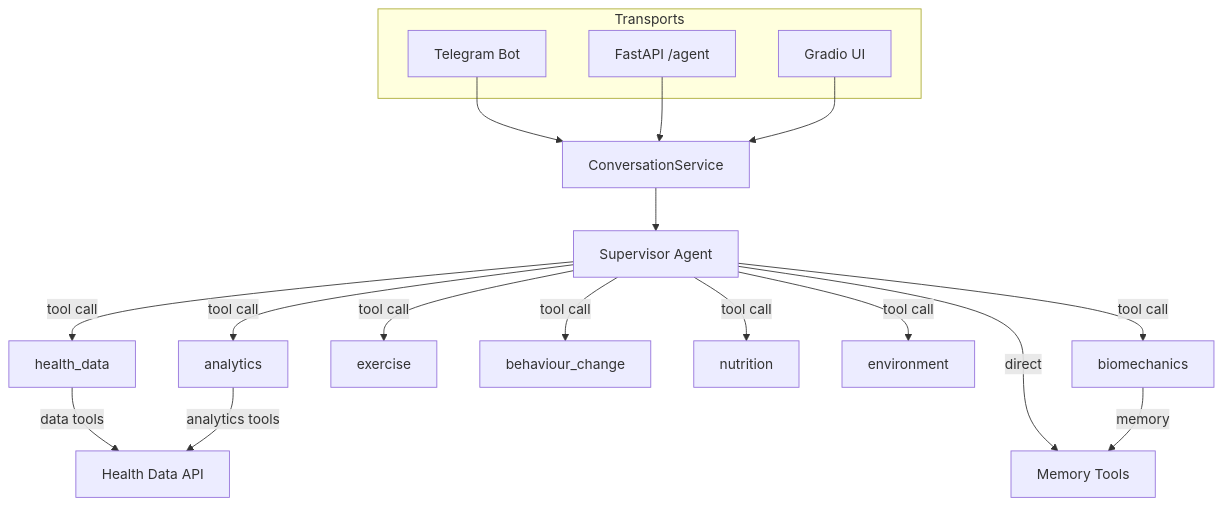
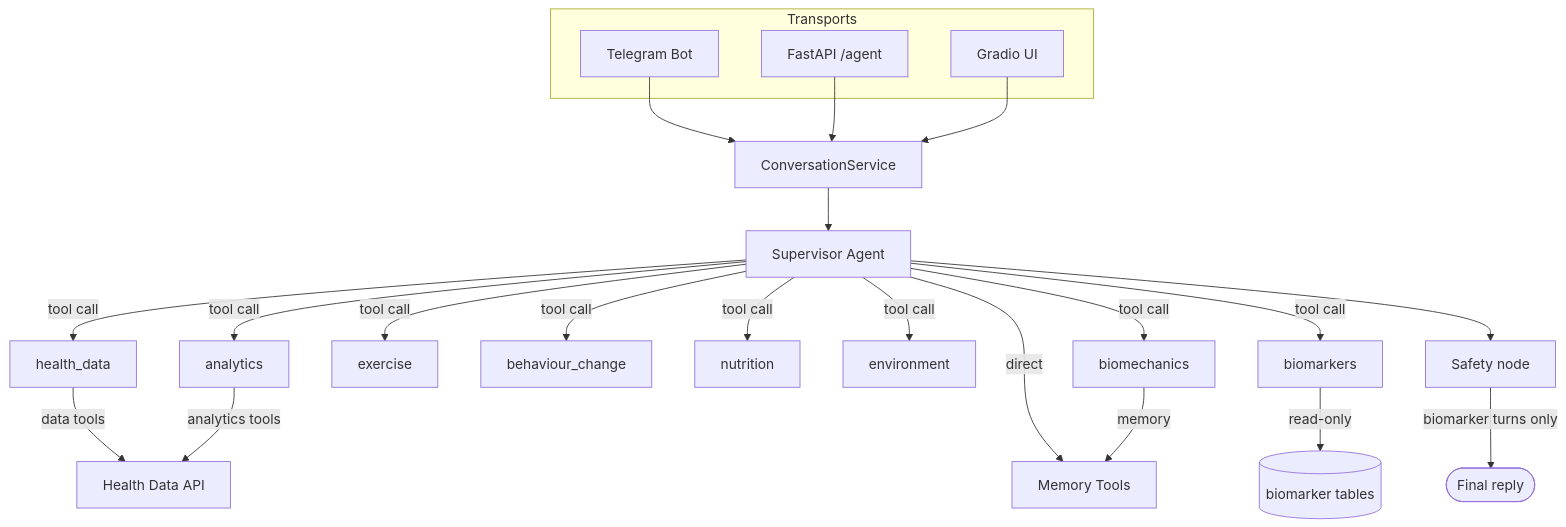
The diagram in README.md (ald0405/whoop-data), drawn with Mermaid before and after one commit. The commit also changed other lines of this file and 5 other files, not shown here.

````diff
--- a/README.md
+++ b/README.md
@@ -93,27 +93,31 @@
 ```mermaid
 flowchart TD
     subgraph Transports
         TG[Telegram Bot]
         API[FastAPI /agent]
         GR[Gradio UI]
     end
 
     TG --> CS[ConversationService]
     API --> CS
     GR --> CS
 
     CS --> SUP[Supervisor Agent]
 
     SUP -->|tool call| HD[health_data]
     SUP -->|tool call| AN[analytics]
     SUP -->|tool call| EX[exercise]
     SUP -->|tool call| BC[behaviour_change]
     SUP -->|tool call| NU[nutrition]
     SUP -->|tool call| EN[environment]
     SUP -->|tool call| BM[biomechanics]
+    SUP -->|tool call| BIO[biomarkers]
     SUP -->|direct| MEM[Memory Tools]
 
     HD -->|data tools| HAPI[Health Data API]
     AN -->|analytics tools| HAPI
     BM -->|memory| MEM
+    BIO -->|read-only| DB[(biomarker tables)]
+    SUP --> SAFE[Safety node]
+    SAFE -->|biomarker turns only| OUT([Final reply])
 ```
````
